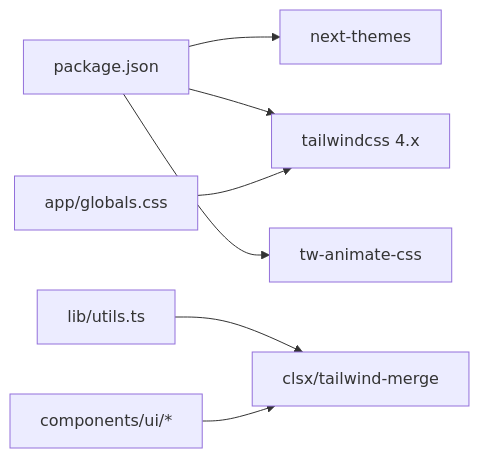
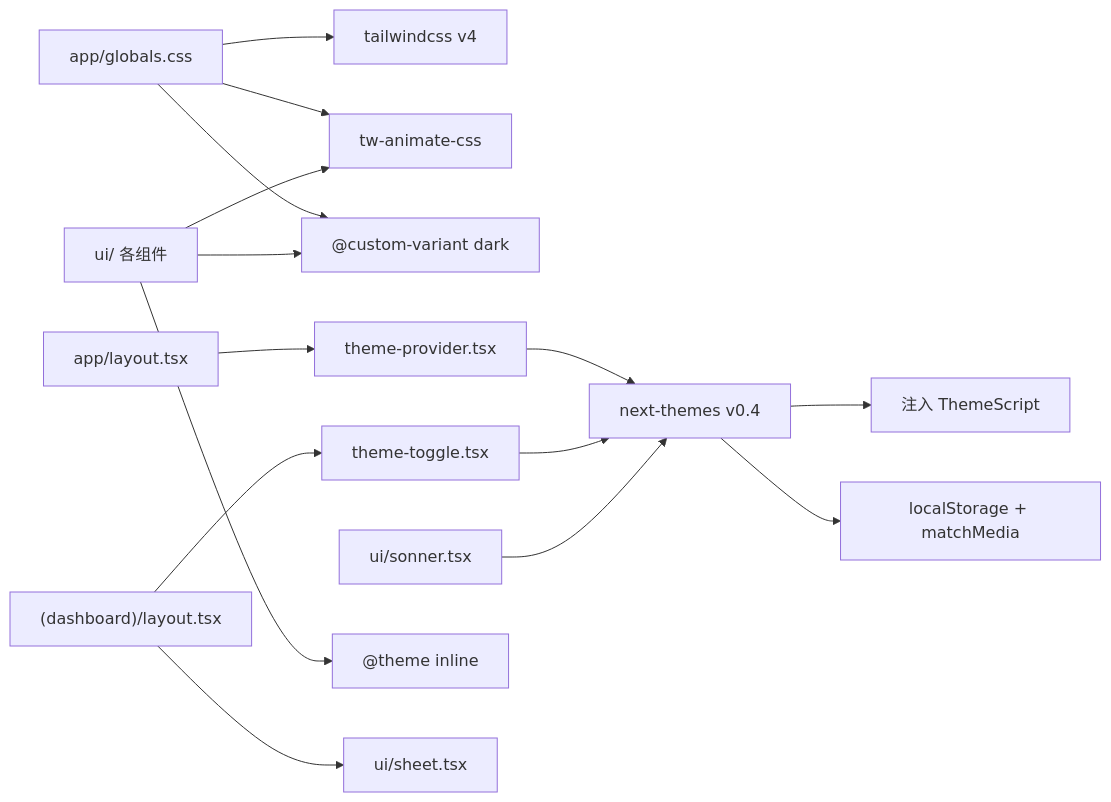
One commit to x01n/dnsplane changed the third of 4 diagrams in docs/前端开发指南/响应式设计与主题.md. Above: the diagram before and after it, drawn with Mermaid. The commit also changed other lines of this file and 326 other files, not shown here.

````diff
--- a/docs/前端开发指南/响应式设计与主题.md
+++ b/docs/前端开发指南/响应式设计与主题.md
@@ -291,9 +410,17 @@
 ```mermaid
 graph LR
-P["package.json"] --> N["next-themes"]
-P --> T["tailwindcss 4.x"]
-P --> A["tw-animate-css"]
-L["lib/utils.ts"] --> U["clsx/tailwind-merge"]
-C["components/ui/*"] --> U
-G["app/globals.css"] --> T
+GC["app/globals.css"] --> TW["tailwindcss v4"]
+GC --> TWC["tw-animate-css"]
+GC --> CV["@custom-variant dark"]
+Layout["app/layout.tsx"] --> Prov["theme-provider.tsx"]
+Prov --> NT["next-themes v0.4"]
+NT --> Script["注入 ThemeScript"]
+NT --> Store["localStorage + matchMedia"]
+Toggle["theme-toggle.tsx"] --> NT
+Sonner["ui/sonner.tsx"] --> NT
+UI["ui/ 各组件"] --> Tokens["@theme inline"]
+UI --> CV
+UI --> TWC
+Dashboard["(dashboard)/layout.tsx"] --> Toggle
+Dashboard --> Sheet["ui/sheet.tsx"]
 ```
````
